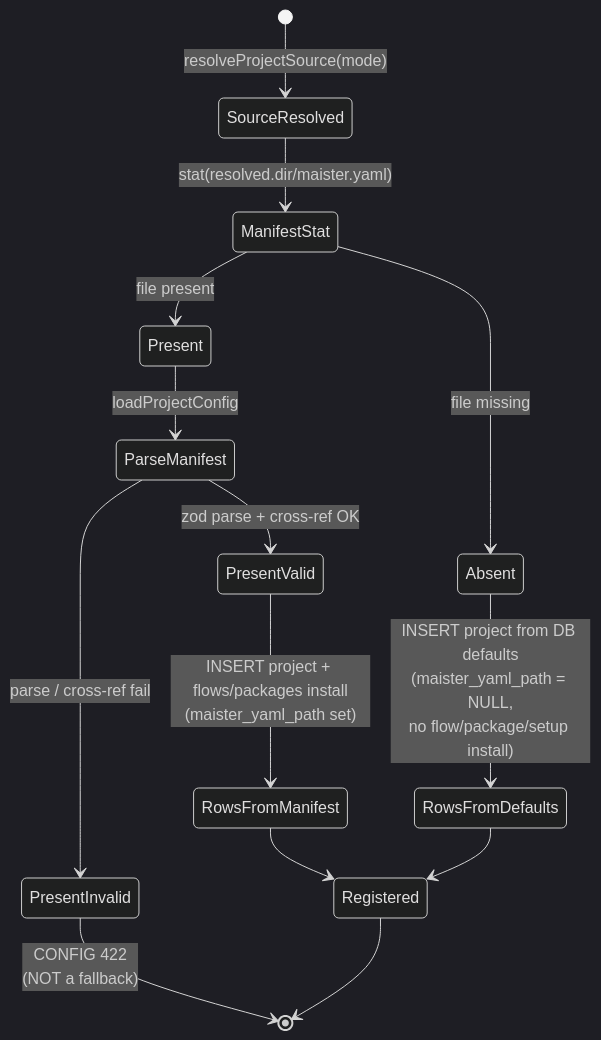
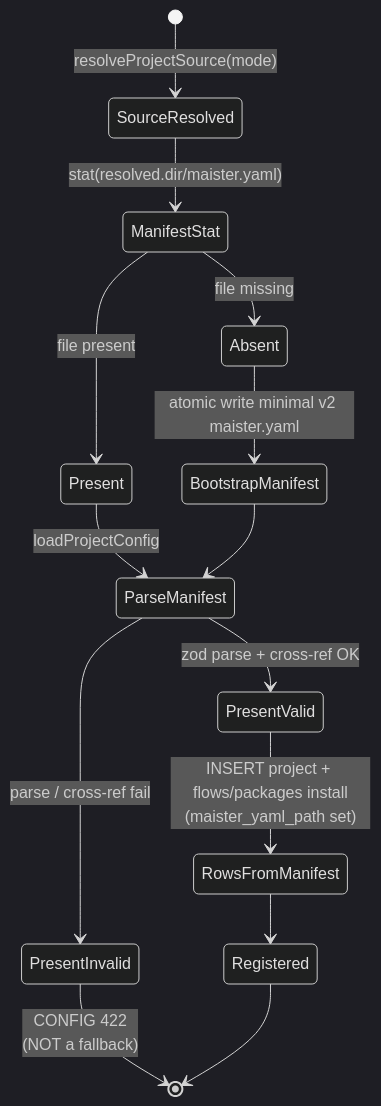
The second of 5 diagrams in docs/system-analytics/projects.md (maister-dev/maister), drawn with Mermaid (dark theme) before and after one commit. The commit also changed other lines of this file and 13 other files, not shown here.

Commit message:
fix(projects): bootstrap missing maister.yaml

````diff
--- a/docs/system-analytics/projects.md
+++ b/docs/system-analytics/projects.md
@@ -84,16 +83,16 @@
 ```mermaid
 stateDiagram-v2
     [*] --> SourceResolved: resolveProjectSource(mode)
     SourceResolved --> ManifestStat: stat(resolved.dir/maister.yaml)
     ManifestStat --> Present: file present
     ManifestStat --> Absent: file missing
     Present --> ParseManifest: loadProjectConfig
     ParseManifest --> PresentValid: zod parse + cross-ref OK
     ParseManifest --> PresentInvalid: parse / cross-ref fail
     PresentValid --> RowsFromManifest: INSERT project + flows/packages install<br/>(maister_yaml_path set)
     PresentInvalid --> [*]: CONFIG 422<br/>(NOT a fallback)
-    Absent --> RowsFromDefaults: INSERT project from DB defaults<br/>(maister_yaml_path = NULL,<br/>no flow/package/setup install)
+    Absent --> BootstrapManifest: atomic write minimal v2 maister.yaml
+    BootstrapManifest --> ParseManifest
     RowsFromManifest --> Registered
-    RowsFromDefaults --> Registered
     Registered --> [*]
 ```
````
